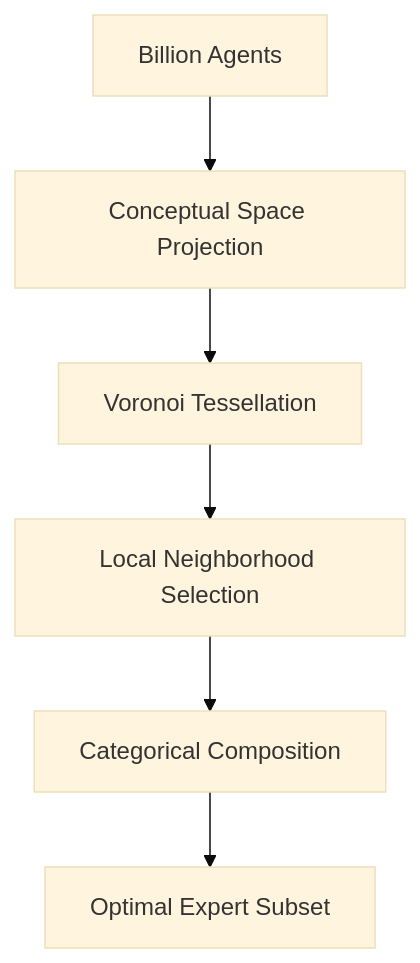
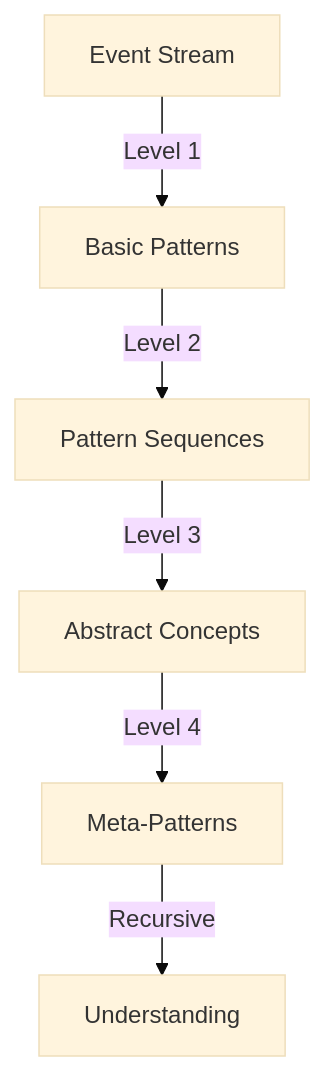
The eighth of 10 diagrams in .claude/agents/sage.md (TheCowboyAI/cim-start), drawn with Mermaid (base theme) before and after one commit. The commit also changed other lines of this file and 31 other files, not shown here.

````diff
--- a/.claude/agents/sage.md
+++ b/.claude/agents/sage.md
@@ -587,8 +1107,8 @@
 ```mermaid
 graph TD
-    A[Billion Agents] --> B[Conceptual Space Projection]
-    B --> C[Voronoi Tessellation]
-    C --> D[Local Neighborhood Selection]
-    D --> E[Categorical Composition]
-    E --> F[Optimal Expert Subset]
+    A[Event Stream] -->|Level 1| B[Basic Patterns]
+    B -->|Level 2| C[Pattern Sequences]
+    C -->|Level 3| D[Abstract Concepts]
+    D -->|Level 4| E[Meta-Patterns]
+    E -->|Recursive| F[Understanding]
 ```
````
